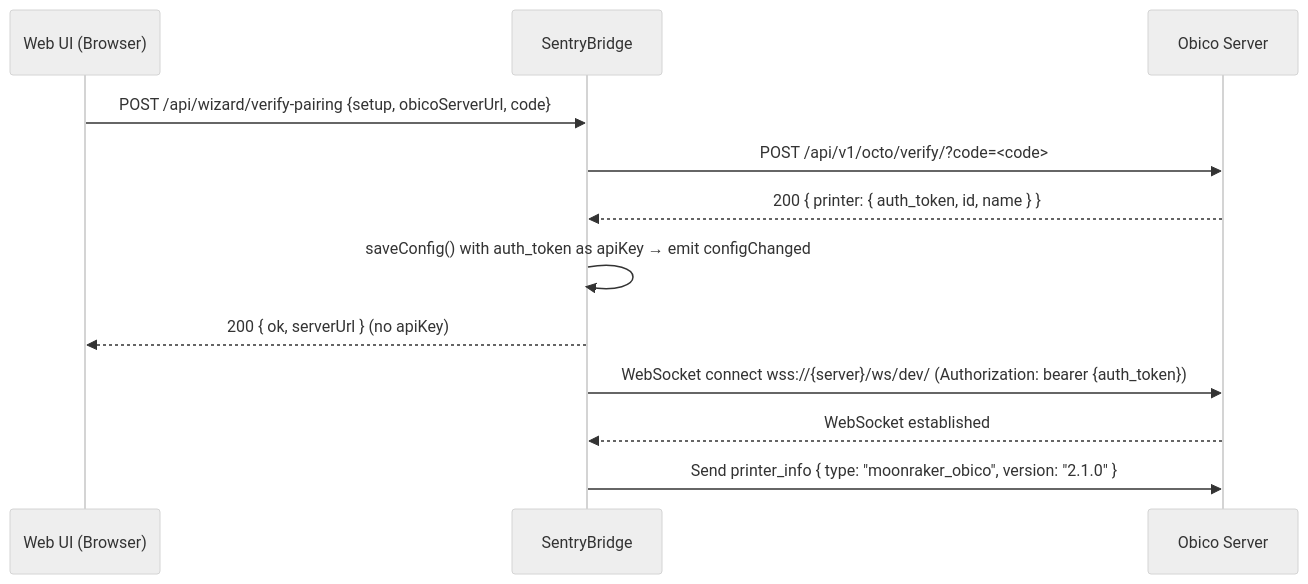
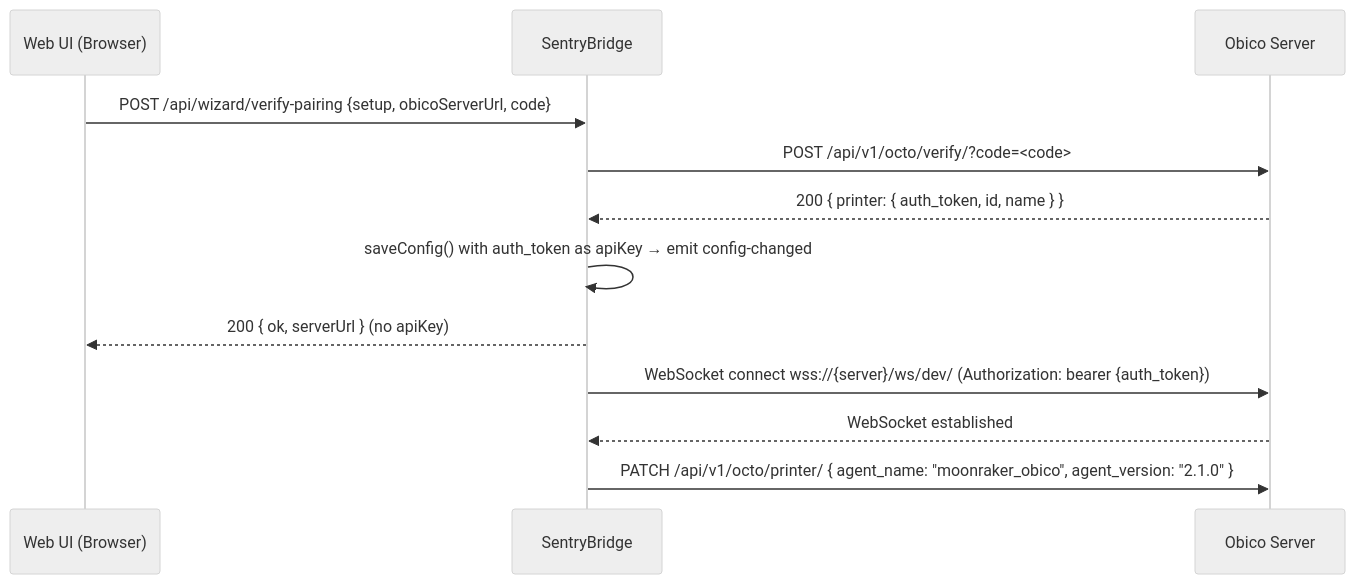
One commit to reneleban/sentry-bridge changed the first of 9 diagrams in docs/architecture/06_runtime_view/README.md. Above: the diagram before and after it, drawn with Mermaid (neutral theme). The commit also changed other lines of this file and 17 other files, not shown here.

````diff
--- a/docs/architecture/06_runtime_view/README.md
+++ b/docs/architecture/06_runtime_view/README.md
@@ -11,15 +11,15 @@
 ```mermaid
 sequenceDiagram
     participant UI as Web UI (Browser)
     participant Bridge as SentryBridge
     participant Obico as Obico Server
 
     UI->>Bridge: POST /api/wizard/verify-pairing {setup, obicoServerUrl, code}
     Bridge->>Obico: POST /api/v1/octo/verify/?code=<code>
     Obico-->>Bridge: 200 { printer: { auth_token, id, name } }
-    Bridge->>Bridge: saveConfig() with auth_token as apiKey → emit configChanged
+    Bridge->>Bridge: saveConfig() with auth_token as apiKey → emit config-changed
     Bridge-->>UI: 200 { ok, serverUrl } (no apiKey)
     Bridge->>Obico: WebSocket connect wss://{server}/ws/dev/ (Authorization: bearer {auth_token})
     Obico-->>Bridge: WebSocket established
-    Bridge->>Obico: Send printer_info { type: "moonraker_obico", version: "2.1.0" }
+    Bridge->>Obico: PATCH /api/v1/octo/printer/ { agent_name: "moonraker_obico", agent_version: "2.1.0" }
 ```
````
